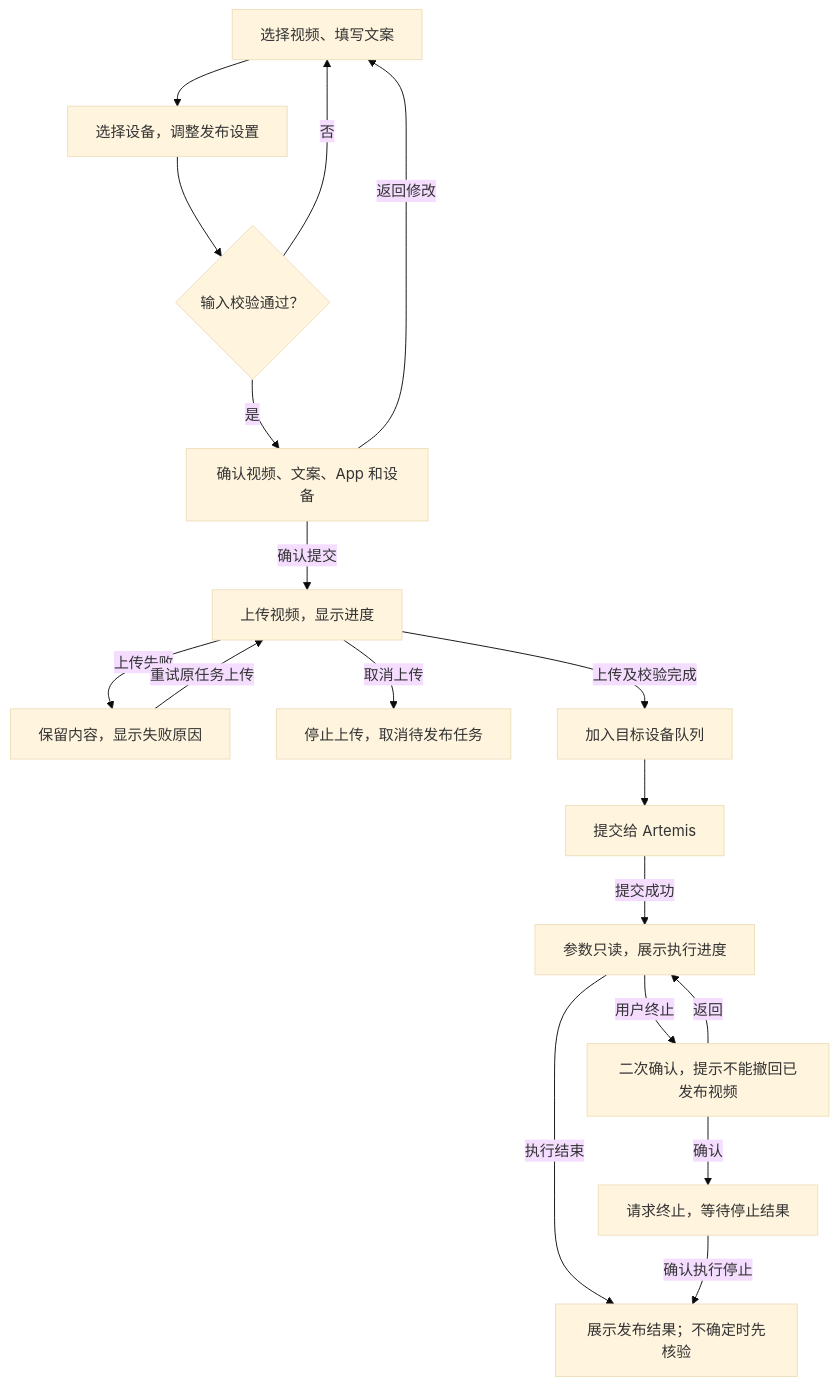
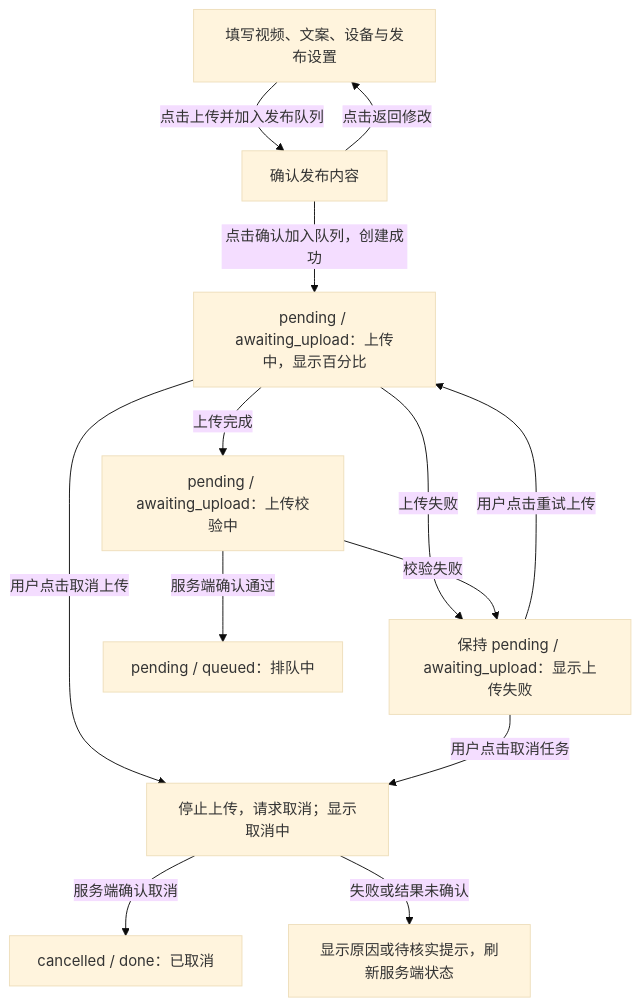
Before and after one commit to brakchen/tts-erp: the second of 8 diagrams in docs/video-publish/01-product-proposal.md, drawn with Mermaid (base theme). The commit also changed other lines of this file, not shown here.

````diff
--- a/docs/video-publish/01-product-proposal.md
+++ b/docs/video-publish/01-product-proposal.md
@@ -130,20 +183,15 @@
 ```mermaid
 flowchart TD
-    A["选择视频、填写文案"] --> B["选择设备，调整发布设置"]
-    B --> C{"输入校验通过？"}
-    C -- 否 --> A
-    C -- 是 --> D["确认视频、文案、App 和设备"]
-    D -- 返回修改 --> A
-    D -- 确认提交 --> E["上传视频，显示进度"]
-    E -- 上传失败 --> F["保留内容，显示失败原因"]
-    F -- 重试原任务上传 --> E
-    E -- 取消上传 --> G["停止上传，取消待发布任务"]
-    E -- 上传及校验完成 --> H["加入目标设备队列"]
-    H --> I["提交给 Artemis"]
-    I -- 提交成功 --> J["参数只读，展示执行进度"]
-    J -- 用户终止 --> K["二次确认，提示不能撤回已发布视频"]
-    K -- 返回 --> J
-    K -- 确认 --> L["请求终止，等待停止结果"]
-    J -- 执行结束 --> M["展示发布结果；不确定时先核验"]
-    L -- 确认执行停止 --> M
+    A["填写视频、文案、设备与发布设置"] -->|点击上传并加入发布队列| B["确认发布内容"]
+    B -->|点击返回修改| A
+    B -->|点击确认加入队列，创建成功| C["pending / awaiting_upload：上传中，显示百分比"]
+    C -->|上传失败| D["保持 pending / awaiting_upload：显示上传失败"]
+    D -->|用户点击重试上传| C
+    C -->|上传完成| E["pending / awaiting_upload：上传校验中"]
+    E -->|校验失败| D
+    E -->|服务端确认通过| F["pending / queued：排队中"]
+    C -->|用户点击取消上传| G["停止上传，请求取消；显示取消中"]
+    D -->|用户点击取消任务| G
+    G -->|服务端确认取消| H["cancelled / done：已取消"]
+    G -->|失败或结果未确认| I["显示原因或待核实提示，刷新服务端状态"]
 ```
````
